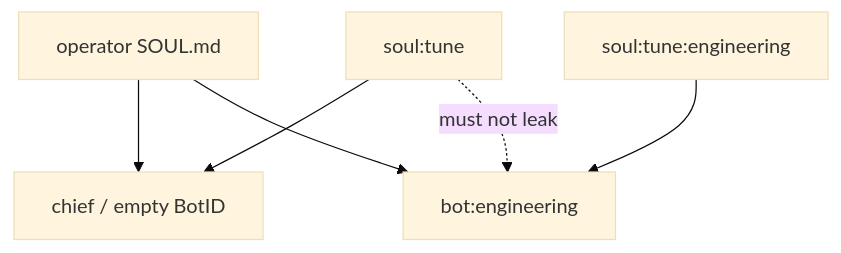
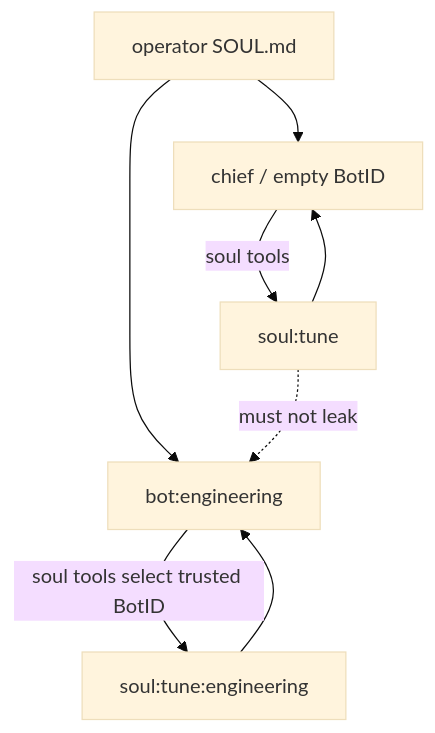
Before and after one commit to jmylchreest/lobslaw: the sixth of 6 diagrams in docs/dev/BOTS.md, drawn with Mermaid (base theme). The commit also changed other lines of this file and 25 other files, not shown here.

````diff
--- a/docs/dev/BOTS.md
+++ b/docs/dev/BOTS.md
@@ -148,11 +197,13 @@
 ```mermaid
 flowchart TD
   Baseline["operator SOUL.md"]
   ChiefKey["soul:tune"]
   EngKey["soul:tune:engineering"]
   Baseline --> ChiefTurn[chief / empty BotID]
   ChiefKey --> ChiefTurn
   Baseline --> EngTurn[bot:engineering]
   EngKey --> EngTurn
+  EngTurn -->|soul tools select trusted BotID| EngKey
+  ChiefTurn -->|soul tools| ChiefKey
   ChiefKey -.->|"must not leak"| EngTurn
 ```
````
